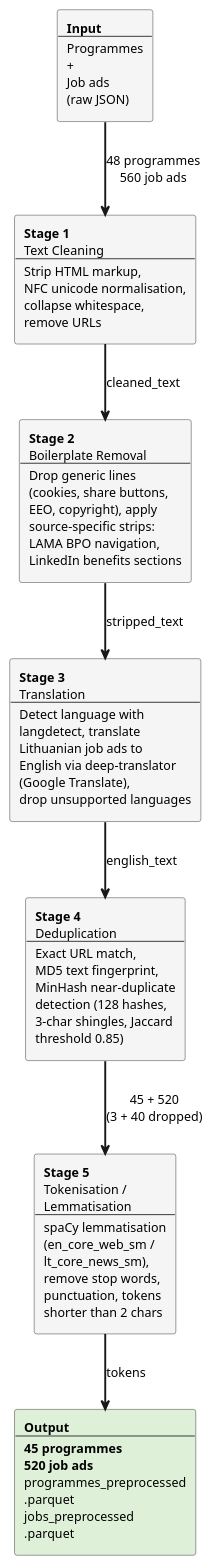
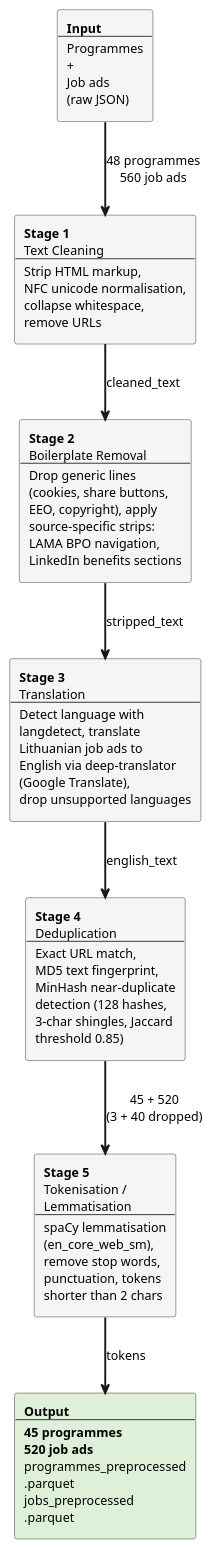
One commit to marustas/MASTER-THESIS-SM changed the diagram in diagrams/fig_preprocessing_overview.puml. Above: the diagram before and after it, drawn with PlantUML. The commit also changed 1 other file, not shown here.

```diff
--- a/diagrams/fig_preprocessing_overview.puml
+++ b/diagrams/fig_preprocessing_overview.puml
@@ -1,32 +1,32 @@
 @startuml preprocessing_overview
 skinparam shadowing false
 skinparam componentStyle rectangle
 skinparam ArrowThickness 2
 skinparam defaultFontSize 13
 skinparam component {
     BackgroundColor #F5F5F5
     BorderColor #333333
 }
 
 component "**Input**\n---\nProgrammes\n+\nJob ads\n(raw JSON)" as IN
 
 component "**Stage 1**\nText Cleaning\n---\nStrip HTML markup,\nNFC unicode normalisation,\ncollapse whitespace,\nremove URLs" as S1
 
 component "**Stage 2**\nBoilerplate Removal\n---\nDrop generic lines\n(cookies, share buttons,\nEEO, copyright), apply\nsource-specific strips:\nLAMA BPO navigation,\nLinkedIn benefits sections" as S2
 
 component "**Stage 3**\nTranslation\n---\nDetect language with\nlangdetect, translate\nLithuanian job ads to\nEnglish via deep-translator\n(Google Translate),\ndrop unsupported languages" as S3
 
 component "**Stage 4**\nDeduplication\n---\nExact URL match,\nMD5 text fingerprint,\nMinHash near-duplicate\ndetection (128 hashes,\n3-char shingles, Jaccard\nthreshold 0.85)" as S4
 
-component "**Stage 5**\nTokenisation /\nLemmatisation\n---\nspaCy lemmatisation\n(en_core_web_sm /\nlt_core_news_sm),\nremove stop words,\npunctuation, tokens\nshorter than 2 chars" as S5
+component "**Stage 5**\nTokenisation /\nLemmatisation\n---\nspaCy lemmatisation\n(en_core_web_sm),\nremove stop words,\npunctuation, tokens\nshorter than 2 chars" as S5
 
 component "**Output**\n---\n**45 programmes**\n**520 job ads**\nprogrammes_preprocessed\n.parquet\njobs_preprocessed\n.parquet" as OUT #DFF0D8
 
 IN --> S1 : 48 programmes\n560 job ads
 S1 --> S2 : cleaned_text
 S2 --> S3 : stripped_text
 S3 --> S4 : english_text
 S4 --> S5 : 45 + 520\n(3 + 40 dropped)
 S5 --> OUT : tokens
 
 @enduml
```
